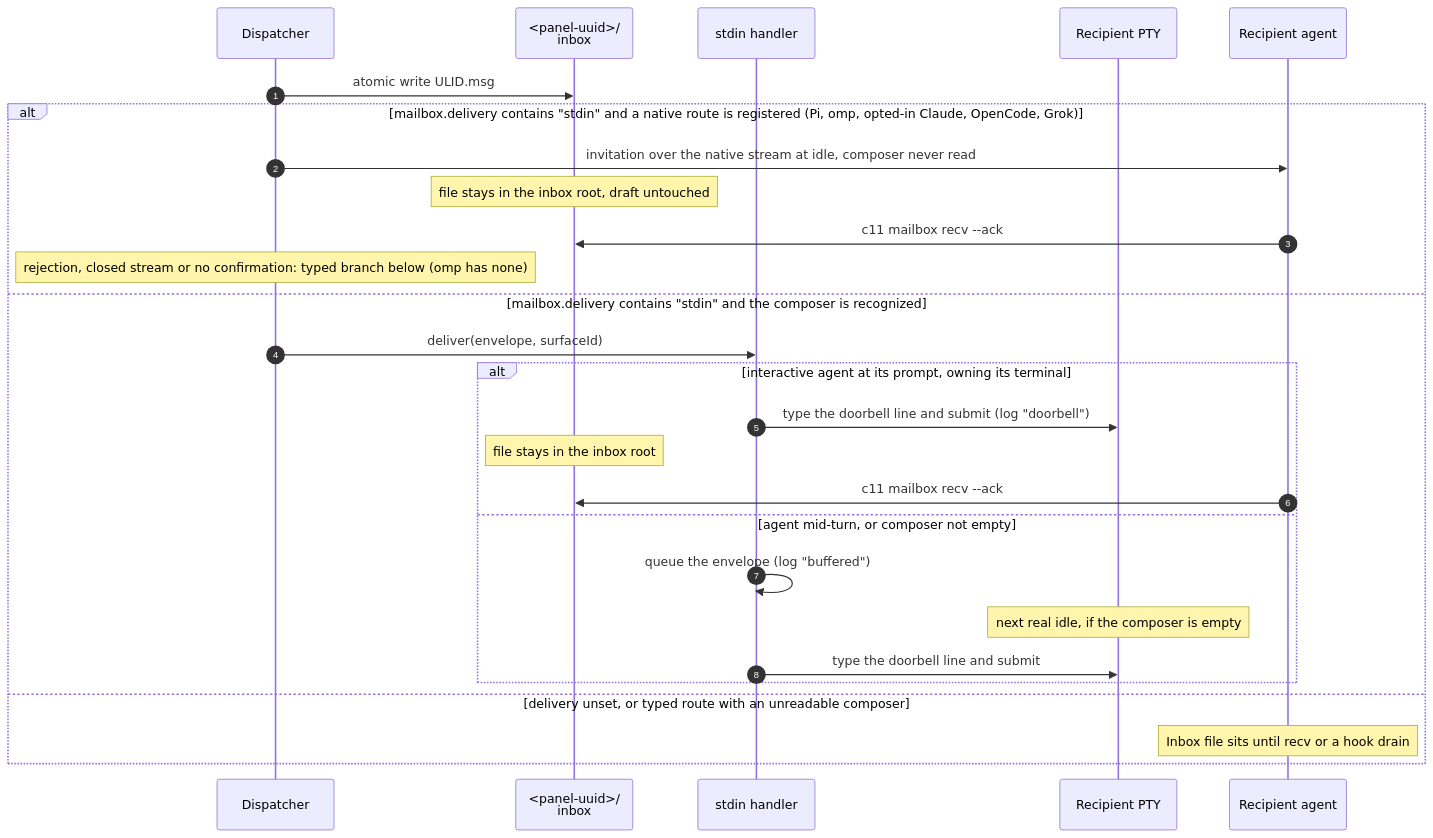
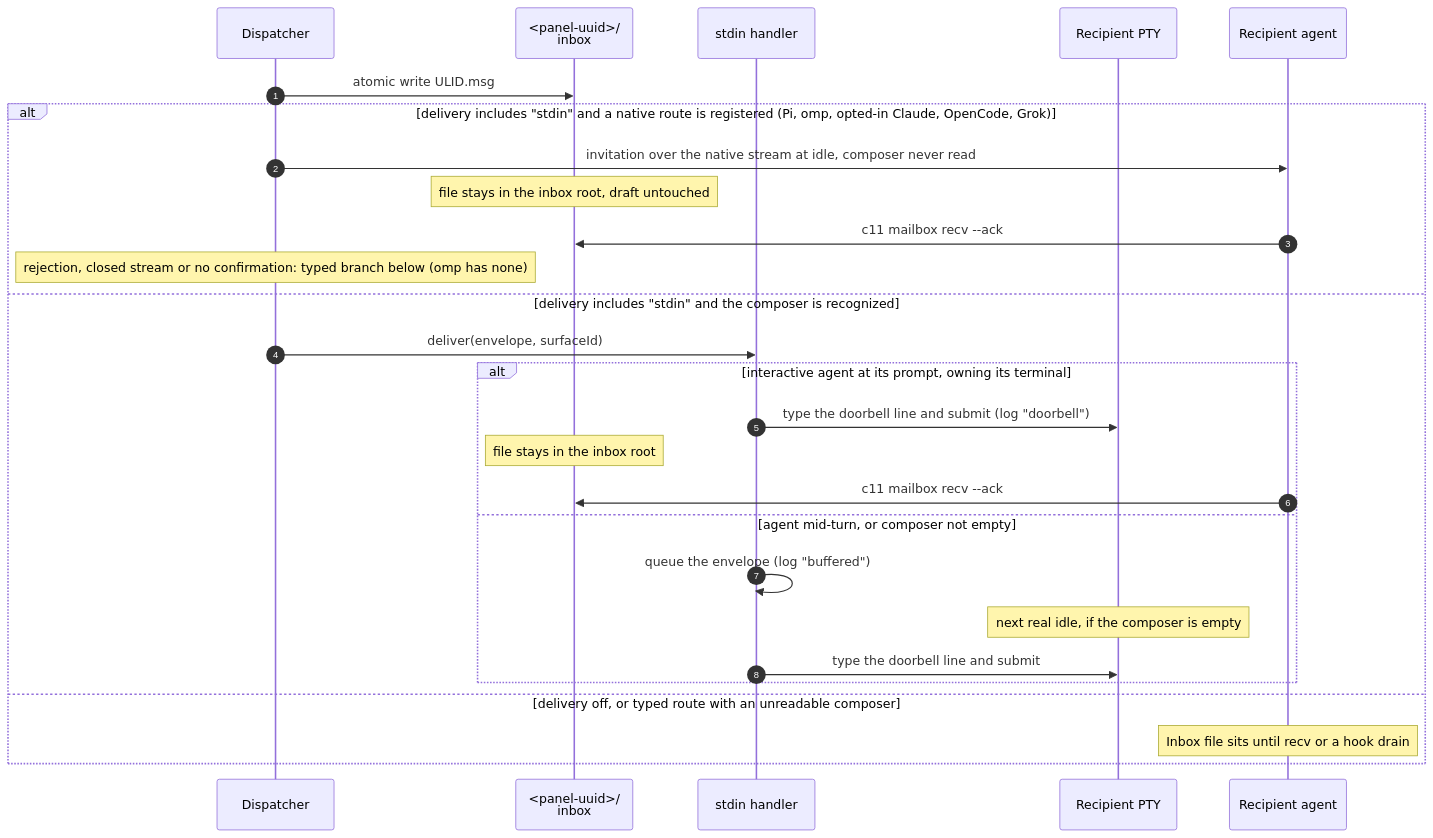
Before and after one commit to Stage-11-Agentics/c11: the third of 6 diagrams in docs/c11-mailbox-guide.md, drawn with Mermaid. The commit also changed other lines of this file and 56 other files, not shown here.

````diff
--- a/docs/c11-mailbox-guide.md
+++ b/docs/c11-mailbox-guide.md
@@ -265,30 +268,30 @@
 ```mermaid
 sequenceDiagram
     autonumber
     participant D as Dispatcher
     participant Inbox as <panel-uuid>/<br/>inbox
     participant SH as stdin handler
     participant PTY as Recipient PTY
     participant Agent as Recipient agent
 
     D->>Inbox: atomic write ULID.msg
-    alt mailbox.delivery contains "stdin" and a native route is registered (Pi, omp, opted-in Claude, OpenCode, Grok)
+    alt delivery includes "stdin" and a native route is registered (Pi, omp, opted-in Claude, OpenCode, Grok)
         D->>Agent: invitation over the native stream at idle, composer never read
         Note over Inbox: file stays in the inbox root, draft untouched
         Agent->>Inbox: c11 mailbox recv --ack
         Note over D: rejection, closed stream or no confirmation: typed branch below (omp has none)
-    else mailbox.delivery contains "stdin" and the composer is recognized
+    else delivery includes "stdin" and the composer is recognized
         D->>SH: deliver(envelope, surfaceId)
         alt interactive agent at its prompt, owning its terminal
             SH->>PTY: type the doorbell line and submit (log "doorbell")
             Note over Inbox: file stays in the inbox root
             Agent->>Inbox: c11 mailbox recv --ack
         else agent mid-turn, or composer not empty
             SH->>SH: queue the envelope (log "buffered")
             Note over PTY: next real idle, if the composer is empty
             SH->>PTY: type the doorbell line and submit
         end
-    else delivery unset, or typed route with an unreadable composer
+    else delivery off, or typed route with an unreadable composer
         Note over Agent: Inbox file sits until recv or a hook drain
     end
 ```
````
